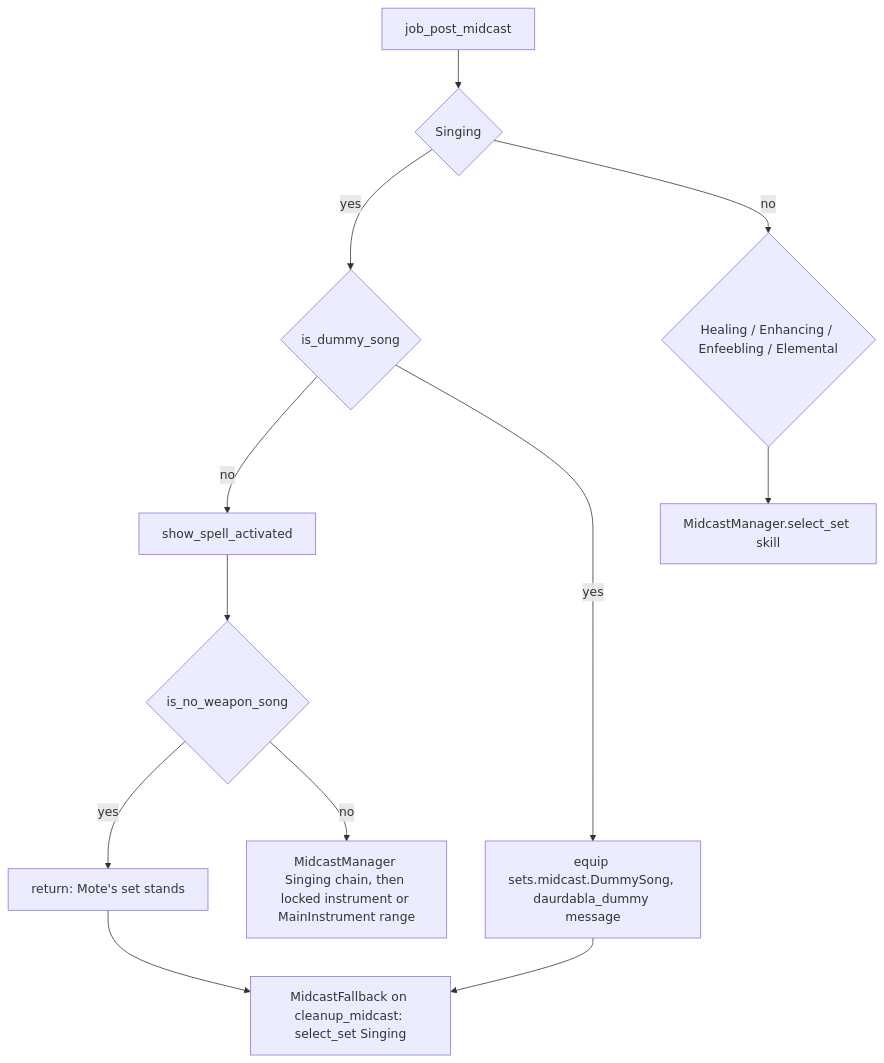
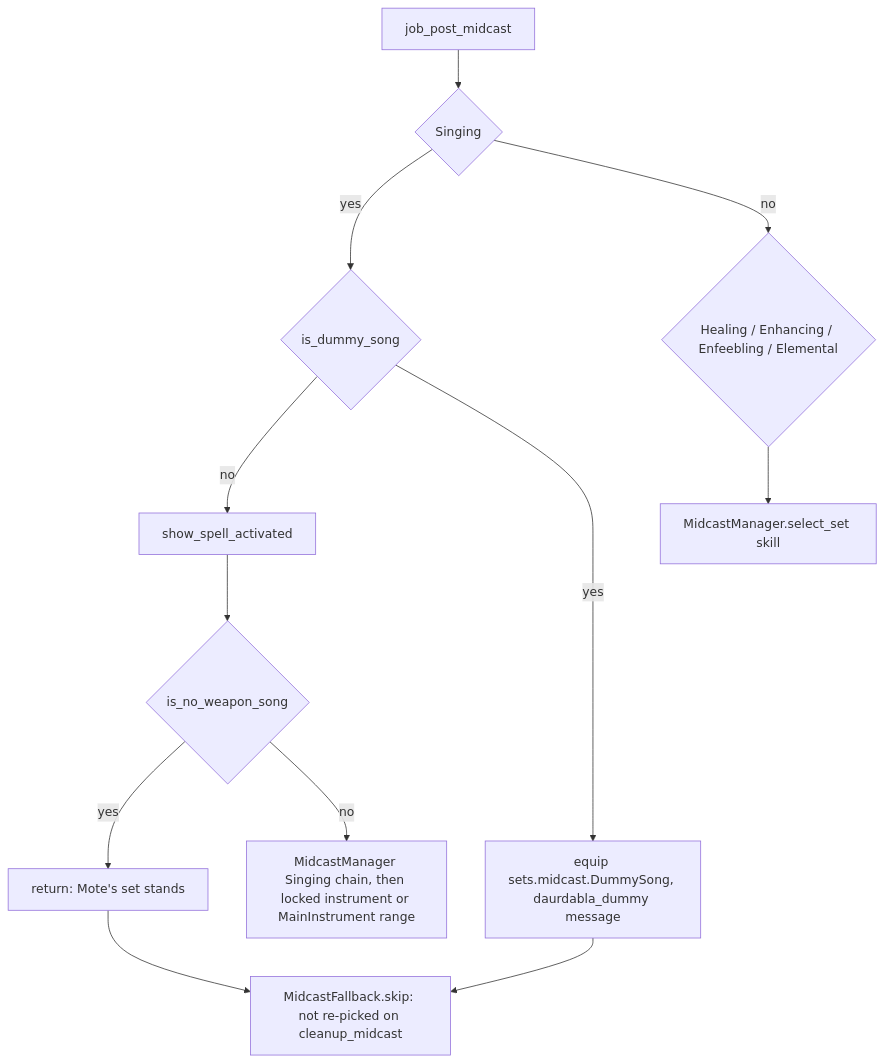
One commit to ejouanchicot/Gearswap changed the third of 3 diagrams in docs/dev/jobs/brd.md. Above: the diagram before and after it, drawn with Mermaid. The commit also changed other lines of this file and 83 other files, not shown here.

````diff
--- a/docs/dev/jobs/brd.md
+++ b/docs/dev/jobs/brd.md
@@ -341,14 +343,14 @@
 ```mermaid
 flowchart TD
     A[job_post_midcast] --> S{Singing}
     S -- yes --> D{is_dummy_song}
     D -- no --> M1[show_spell_activated]
     D -- yes --> DS[equip sets.midcast.DummySong, daurdabla_dummy message]
     M1 --> N{is_no_weapon_song}
     N -- yes --> X[return: Mote's set stands]
     N -- no --> MM[MidcastManager Singing chain, then locked instrument or MainInstrument range]
     S -- no --> H{Healing / Enhancing / Enfeebling / Elemental}
     H --> SS[MidcastManager.select_set skill]
     DS --> FB
-    X --> FB[MidcastFallback on cleanup_midcast: select_set Singing]
+    X --> FB[MidcastFallback.skip: not re-picked on cleanup_midcast]
 ```
````
